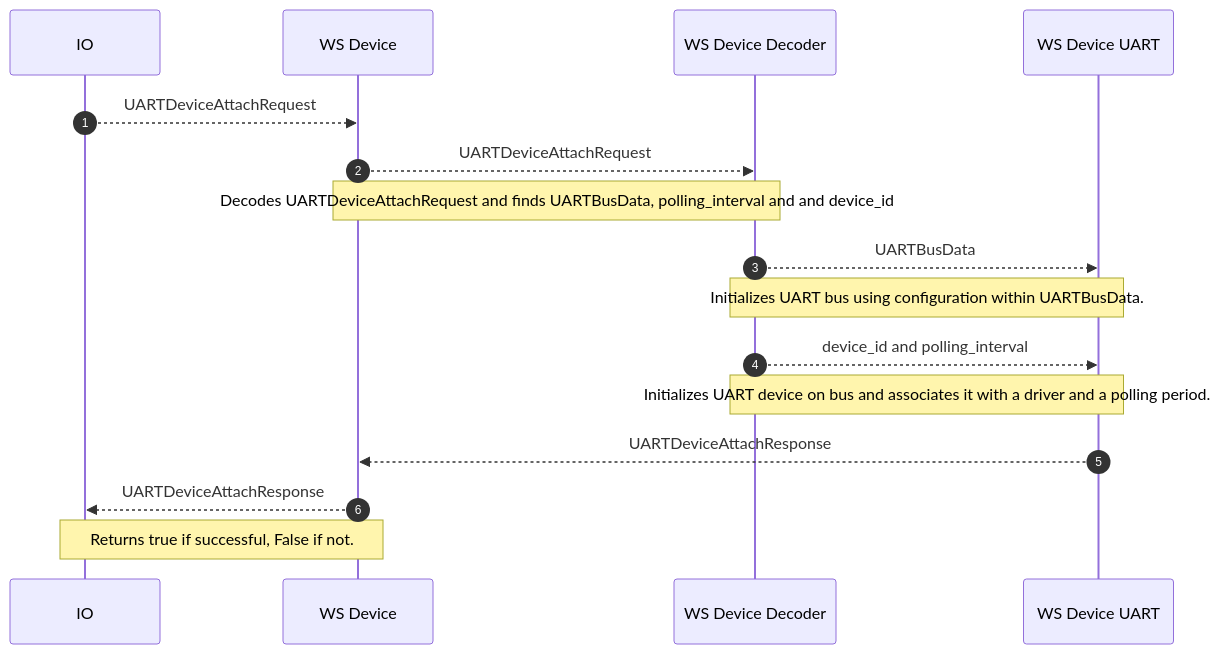
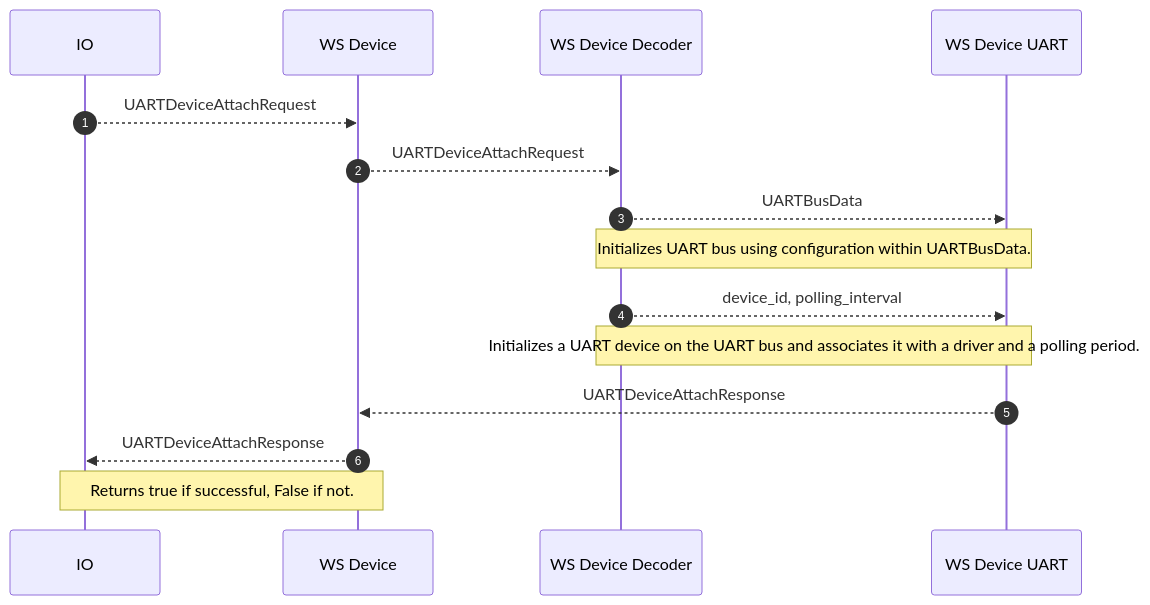
The diagram in proto/wippersnapper/uart/v1/uart.md (adafruit/Wippersnapper_Protobuf), drawn with Mermaid before and after one commit.

Commit message:
revise seq

````diff
--- a/proto/wippersnapper/uart/v1/uart.md
+++ b/proto/wippersnapper/uart/v1/uart.md
@@ -18,17 +18,19 @@
 ```mermaid
 sequenceDiagram
 autonumber
 
 IO-->>WS Device: UARTDeviceAttachRequest
+
 WS Device-->>WS Device Decoder: UARTDeviceAttachRequest
-Note over WS Device, WS Device Decoder: Decodes UARTDeviceAttachRequest and finds UARTBusData, polling_interval and and device_id
 
 WS Device Decoder-->>WS Device UART: UARTBusData
 Note over WS Device Decoder, WS Device UART: Initializes UART bus using configuration within UARTBusData.
 
-WS Device Decoder-->>WS Device UART: device_id and polling_interval
-Note over WS Device Decoder, WS Device UART: Initializes UART device on bus and associates it with a driver and a polling period.
+WS Device Decoder-->>WS Device UART: device_id, polling_interval
+Note over WS Device Decoder, WS Device UART: Initializes a UART device on the UART bus and associates it with a driver and a polling period.
+
 WS Device UART-->>WS Device: UARTDeviceAttachResponse
+
 WS Device-->>IO: UARTDeviceAttachResponse
 Note over WS Device, IO: Returns true if successful, False if not.
 ```
````
